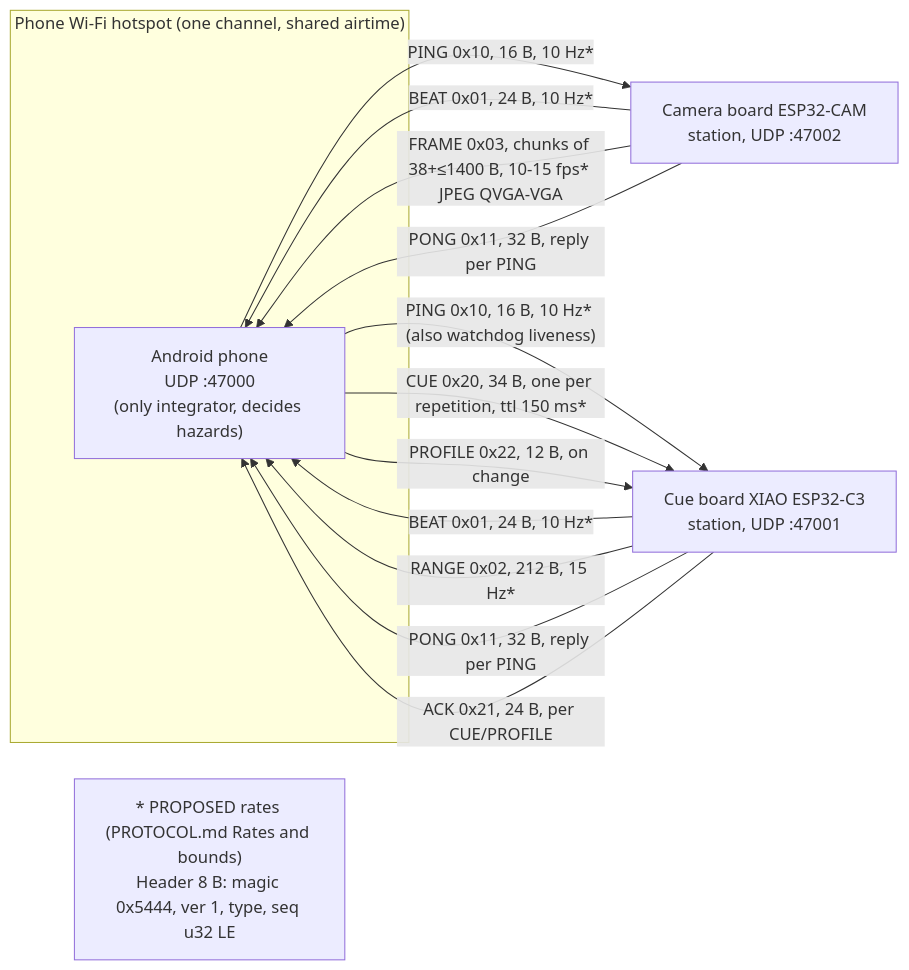
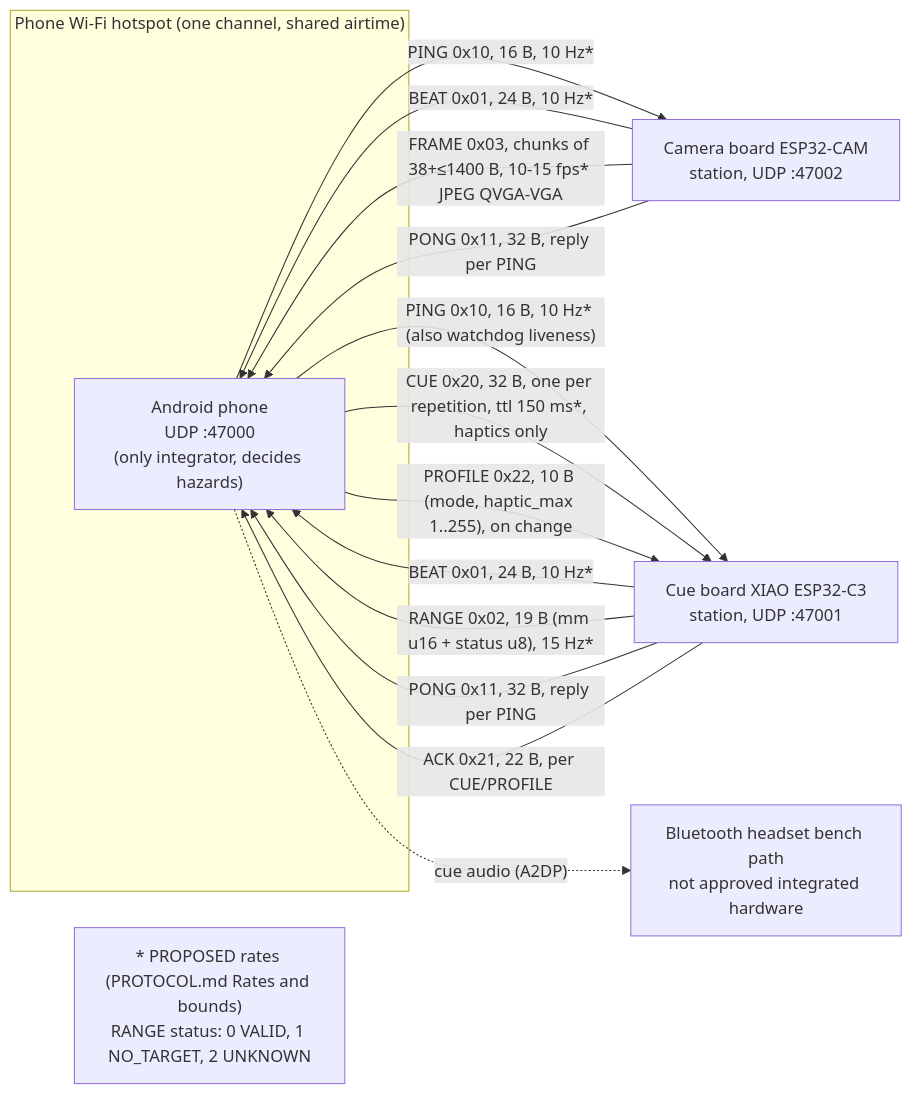
One commit to nunera/Determine changed the third of 6 diagrams in docs/flows/hardware.md. Above: the diagram before and after it, drawn with Mermaid. The commit also changed other lines of this file and 159 other files, not shown here.

````diff
--- a/docs/flows/hardware.md
+++ b/docs/flows/hardware.md
@@ -145,20 +120,22 @@
 ```mermaid
 flowchart LR
   subgraph HOT["Phone Wi-Fi hotspot (one channel, shared airtime)"]
     PHONE["Android phone<br/>UDP :47000<br/>(only integrator, decides hazards)"]
   end
   CUE["Cue board XIAO ESP32-C3<br/>station, UDP :47001"]
   CAM["Camera board ESP32-CAM<br/>station, UDP :47002"]
+  HEAD["Bluetooth headset bench path<br/>not approved integrated hardware"]
   CAM -- "BEAT 0x01, 24 B, 10 Hz*" --> PHONE
   CAM -- "FRAME 0x03, chunks of 38+&le;1400 B, 10-15 fps* JPEG QVGA-VGA" --> PHONE
   CAM -- "PONG 0x11, 32 B, reply per PING" --> PHONE
   PHONE -- "PING 0x10, 16 B, 10 Hz*" --> CAM
   CUE -- "BEAT 0x01, 24 B, 10 Hz*" --> PHONE
-  CUE -- "RANGE 0x02, 212 B, 15 Hz*" --> PHONE
+  CUE -- "RANGE 0x02, 19 B (mm u16 + status u8), 15 Hz*" --> PHONE
   CUE -- "PONG 0x11, 32 B, reply per PING" --> PHONE
-  CUE -- "ACK 0x21, 24 B, per CUE/PROFILE" --> PHONE
+  CUE -- "ACK 0x21, 22 B, per CUE/PROFILE" --> PHONE
   PHONE -- "PING 0x10, 16 B, 10 Hz* (also watchdog liveness)" --> CUE
-  PHONE -- "CUE 0x20, 34 B, one per repetition, ttl 150 ms*" --> CUE
-  PHONE -- "PROFILE 0x22, 12 B, on change" --> CUE
-  NOTE["* PROPOSED rates (PROTOCOL.md Rates and bounds)<br/>Header 8 B: magic 0x5444, ver 1, type, seq u32 LE"]
+  PHONE -- "CUE 0x20, 32 B, one per repetition, ttl 150 ms*, haptics only" --> CUE
+  PHONE -- "PROFILE 0x22, 10 B (mode, haptic_max 1..255), on change" --> CUE
+  PHONE -. "cue audio (A2DP)" .-> HEAD
+  NOTE["* PROPOSED rates (PROTOCOL.md Rates and bounds)<br/>RANGE status: 0 VALID, 1 NO_TARGET, 2 UNKNOWN"]
 ```
````
